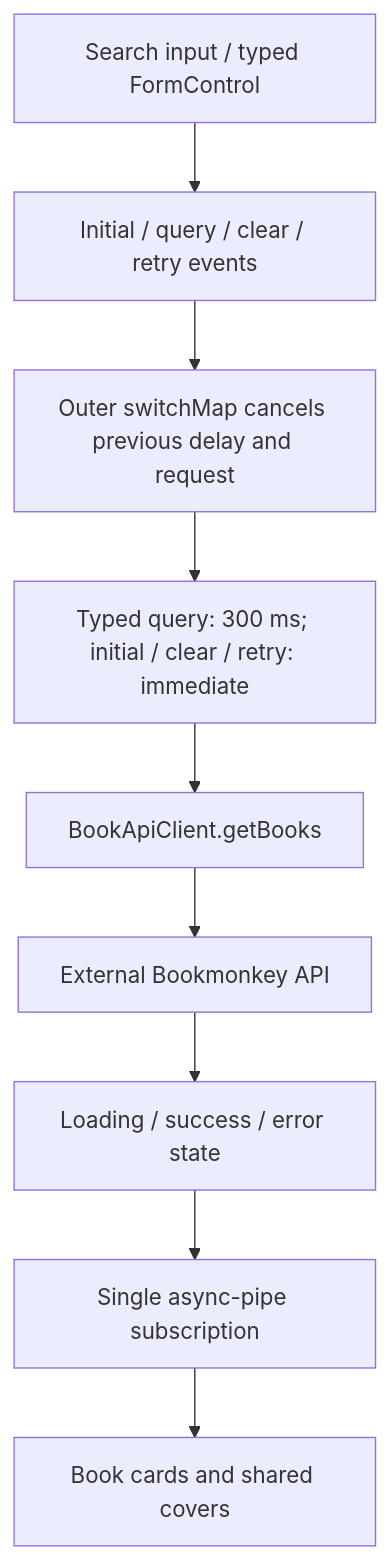
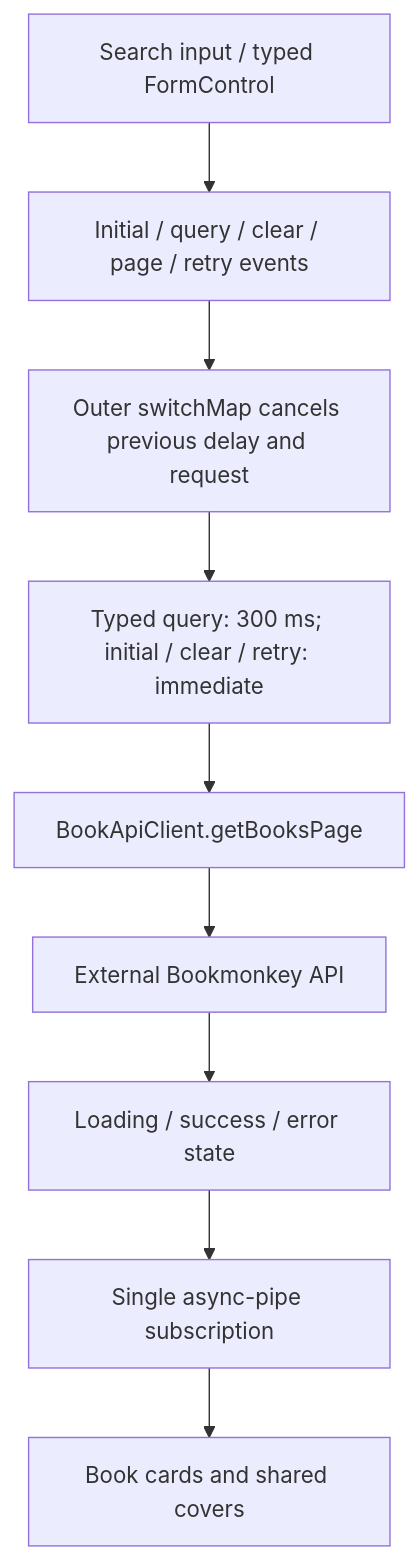
The diagram in ARCHITECTURE.md (lopitz97/ki-software-engineer), drawn with Mermaid before and after one commit. The commit also changed other lines of this file and 13 other files, not shown here.

````diff
--- a/ARCHITECTURE.md
+++ b/ARCHITECTURE.md
@@ -75,11 +86,11 @@
 ```mermaid
 flowchart TD
-    Input[Search input / typed FormControl] --> Events[Initial / query / clear / retry events]
+    Input[Search input / typed FormControl] --> Events[Initial / query / clear / page / retry events]
     Events --> Switch[Outer switchMap cancels previous delay and request]
     Switch --> Delay[Typed query: 300 ms; initial / clear / retry: immediate]
-    Delay --> Client[BookApiClient.getBooks]
+    Delay --> Client[BookApiClient.getBooksPage]
     Client --> API[External Bookmonkey API]
     API --> State[Loading / success / error state]
     State --> Async[Single async-pipe subscription]
     Async --> Cards[Book cards and shared covers]
 ```
````
